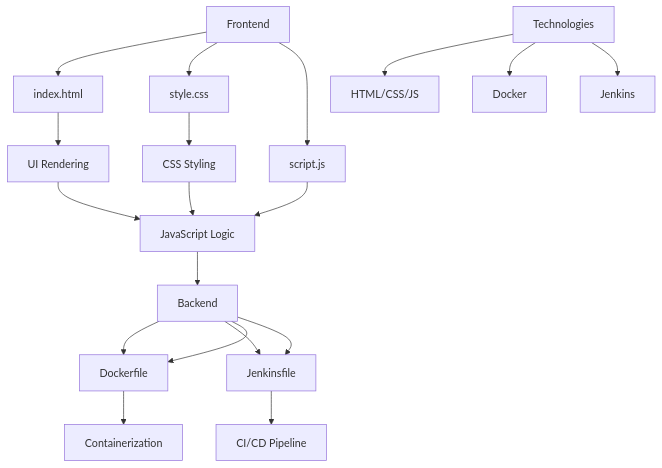
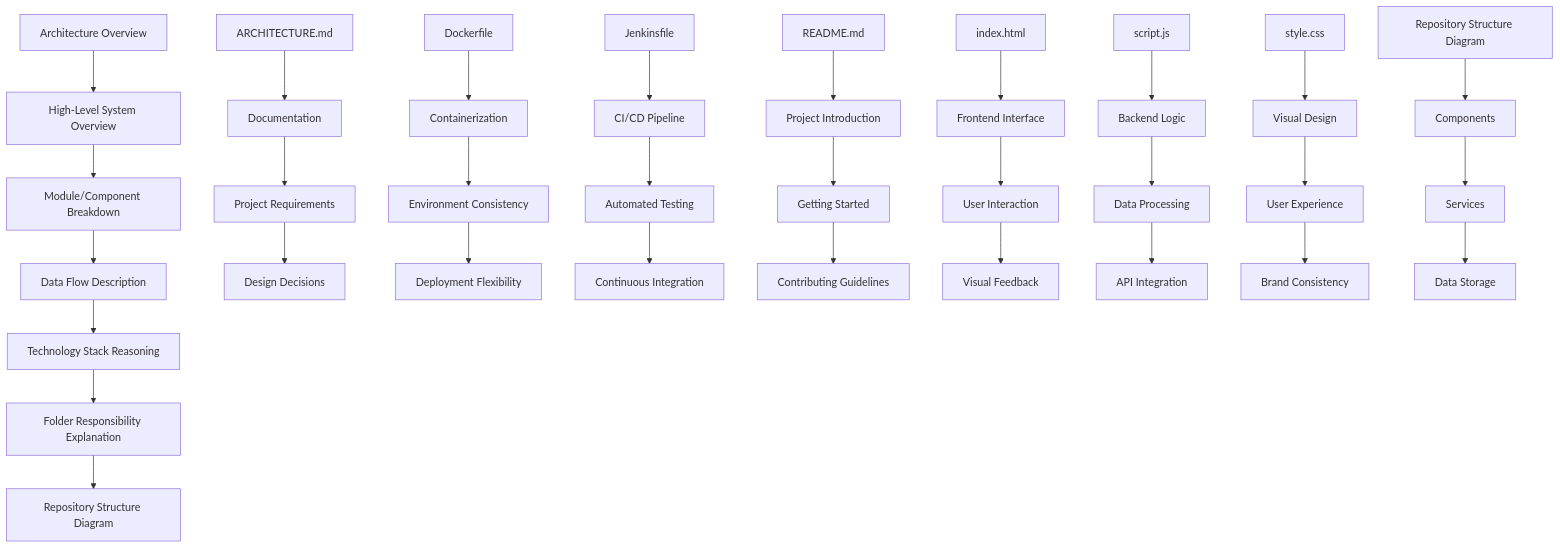
Before and after one commit to nirzaraghure/github-profile-viewer: the diagram in ARCHITECTURE.md, drawn with Mermaid.

Commit message:
🤖 GitGenius: AI-generated code fix

````diff
--- a/ARCHITECTURE.md
+++ b/ARCHITECTURE.md
@@ -3,21 +3,42 @@
 ```mermaid
 graph TD
-  A[Frontend] --> B[index.html]
-  A --> C[style.css]
-  A --> D[script.js]
-  B --> E[UI Rendering]
-  C --> F[CSS Styling]
-  D --> G[JavaScript Logic]
-  H[Backend] --> I[Dockerfile]
-  H --> J[Jenkinsfile]
-  I --> K[Containerization]
-  J --> L[CI/CD Pipeline]
-  M[ Technologies ] --> N[HTML/CSS/JS]
-  M --> O[Docker]
-  M --> P[Jenkins]
-  E --> G
-  F --> G
-  G --> H
-  H --> I
-  H --> J
+  A[Architecture Overview] --> B[High-Level System Overview]
+  B --> C[Module/Component Breakdown]
+  C --> D[Data Flow Description]
+  D --> E[Technology Stack Reasoning]
+  E --> F[Folder Responsibility Explanation]
+  F --> G[Repository Structure Diagram]
+
+  H[ARCHITECTURE.md] --> I[Documentation]
+  I --> J[Project Requirements]
+  J --> K[Design Decisions]
+
+  L[Dockerfile] --> M[Containerization]
+  M --> N[Environment Consistency]
+  N --> O[Deployment Flexibility]
+
+  P[Jenkinsfile] --> Q[CI/CD Pipeline]
+  Q --> R[Automated Testing]
+  R --> S[Continuous Integration]
+
+  T[README.md] --> U[Project Introduction]
+  U --> V[Getting Started]
+  V --> W[Contributing Guidelines]
+
+  X[index.html] --> Y[Frontend Interface]
+  Y --> Z[User Interaction]
+  Z --> AA[Visual Feedback]
+
+  BB[script.js] --> CC[Backend Logic]
+  CC --> DD[Data Processing]
+  DD --> EE[API Integration]
+
+  FF[style.css] --> GG[Visual Design]
+  GG --> HH[User Experience]
+  HH --> II[Brand Consistency]
+
+  JJ[Repository Structure Diagram]
+  JJ --> KK[Components]
+  KK --> LL[Services]
+  LL --> MM[Data Storage]
 ```
````
